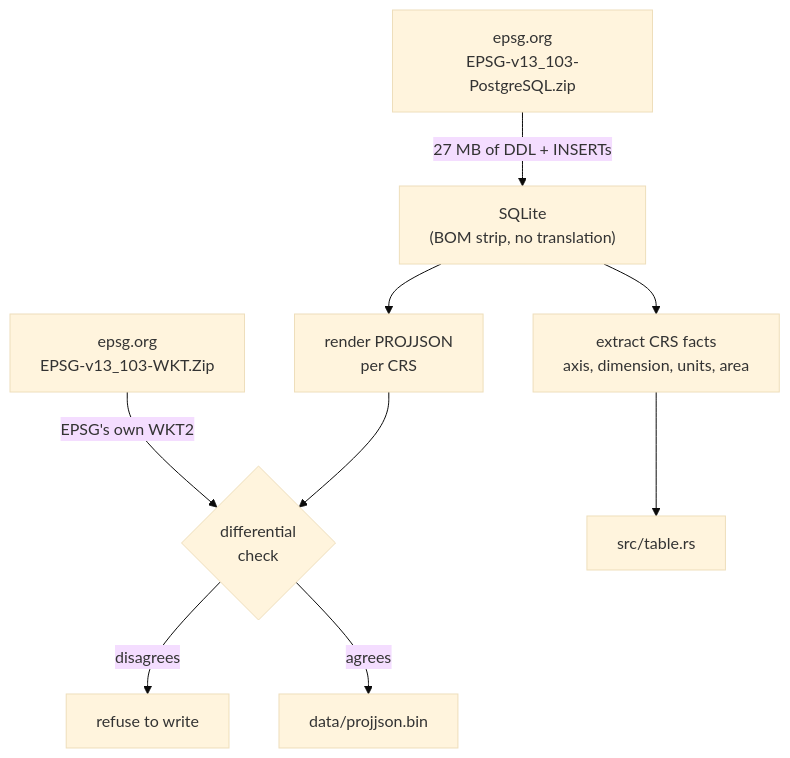
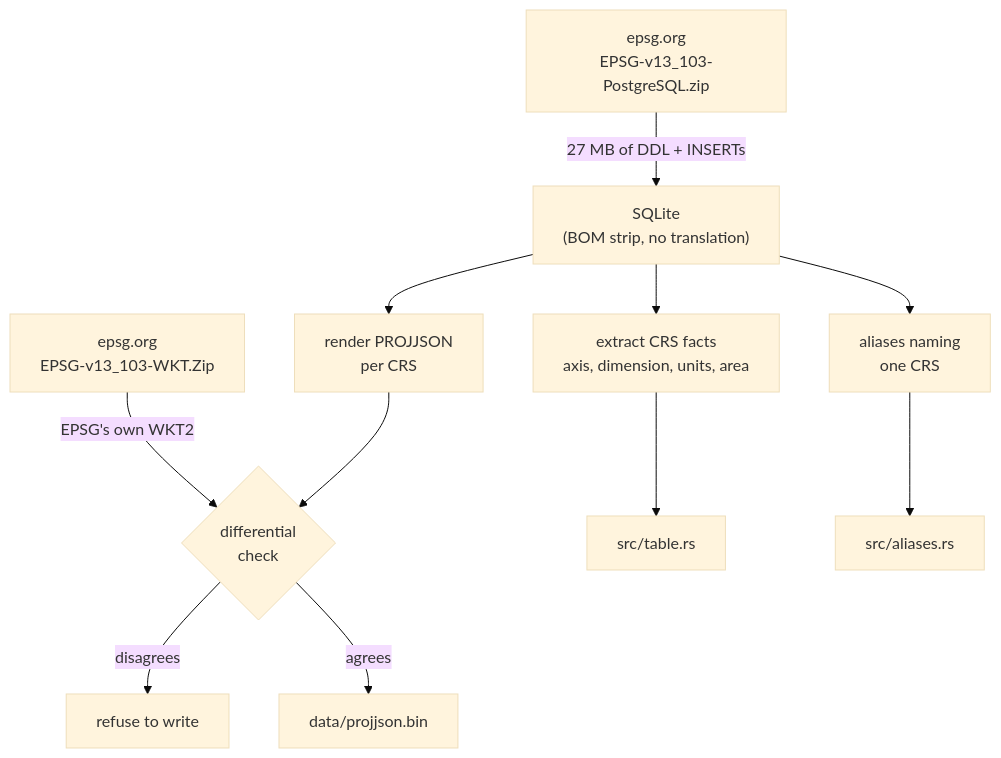
The diagram in crates/xeibe-crs/README.md (ttomasz/xeibe), drawn with Mermaid (base theme) before and after one commit. The commit also changed other lines of this file and 20 other files, not shown here.

````diff
--- a/crates/xeibe-crs/README.md
+++ b/crates/xeibe-crs/README.md
@@ -19,11 +21,12 @@
 ```mermaid
 flowchart TD
     A["epsg.org<br/>EPSG-v13_103-PostgreSQL.zip"] -->|"27 MB of DDL + INSERTs"| B["SQLite<br/>(BOM strip, no translation)"]
     B --> C["render PROJJSON<br/>per CRS"]
     B --> D["extract CRS facts<br/>axis, dimension, units, area"]
     E["epsg.org<br/>EPSG-v13_103-WKT.Zip"] -->|"EPSG's own WKT2"| F{"differential<br/>check"}
     C --> F
     F -->|"disagrees"| G["refuse to write"]
     F -->|"agrees"| H["data/projjson.bin"]
     D --> I["src/table.rs"]
+    B --> J["aliases naming<br/>one CRS"] --> K["src/aliases.rs"]
 ```
````
